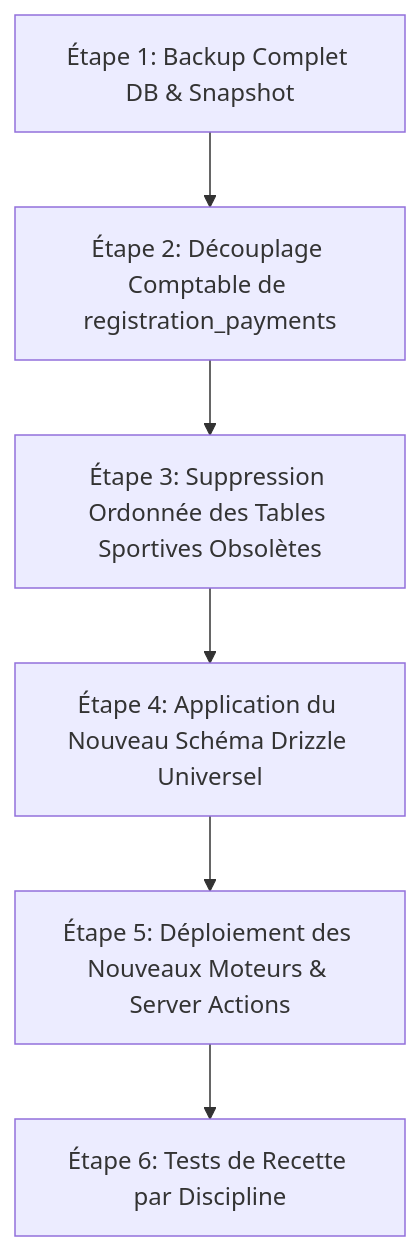
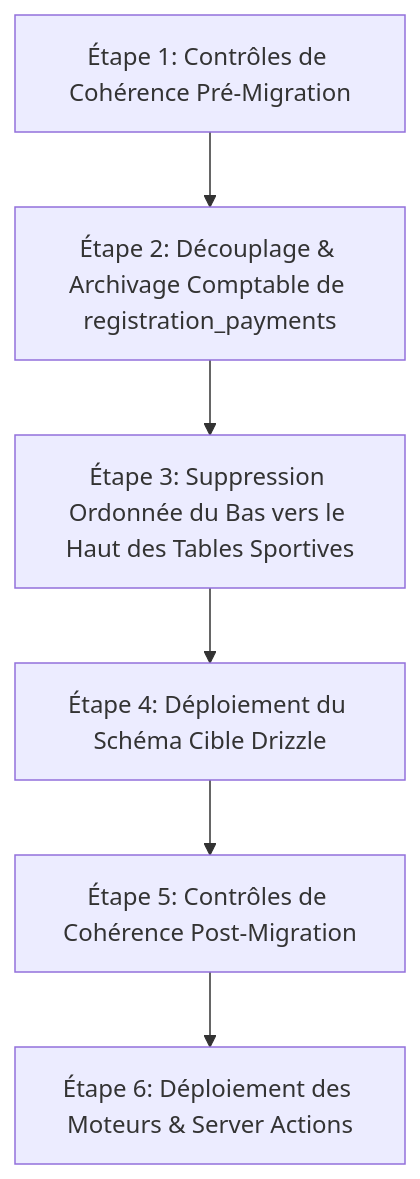
Before and after one commit to AbdoulRachid-Mz/games-trafic: the first of 2 diagrams in docs/audit-competition/07-IMPLEMENTATION-ROADMAP.md, drawn with Mermaid. The commit also changed other lines of this file and 3 other files, not shown here.

Commit message:
docs(audit): finalize targeted architectural corrections with composite FKs, metrics engine and safe migration plan

````diff
--- a/docs/audit-competition/07-IMPLEMENTATION-ROADMAP.md
+++ b/docs/audit-competition/07-IMPLEMENTATION-ROADMAP.md
@@ -11,8 +11,8 @@
 ```mermaid
 flowchart TD
-    A[Étape 1: Backup Complet DB & Snapshot] --> B[Étape 2: Découplage Comptable de registration_payments]
-    B --> C[Étape 3: Suppression Ordonnée des Tables Sportives Obsolètes]
-    C --> D[Étape 4: Application du Nouveau Schéma Drizzle Universel]
-    D --> E[Étape 5: Déploiement des Nouveaux Moteurs & Server Actions]
-    E --> F[Étape 6: Tests de Recette par Discipline]
+    A[Étape 1: Contrôles de Cohérence Pré-Migration] --> B[Étape 2: Découplage & Archivage Comptable de registration_payments]
+    B --> C[Étape 3: Suppression Ordonnée du Bas vers le Haut des Tables Sportives]
+    C --> D[Étape 4: Déploiement du Schéma Cible Drizzle]
+    D --> E[Étape 5: Contrôles de Cohérence Post-Migration]
+    E --> F[Étape 6: Déploiement des Moteurs & Server Actions]
 ```
````
